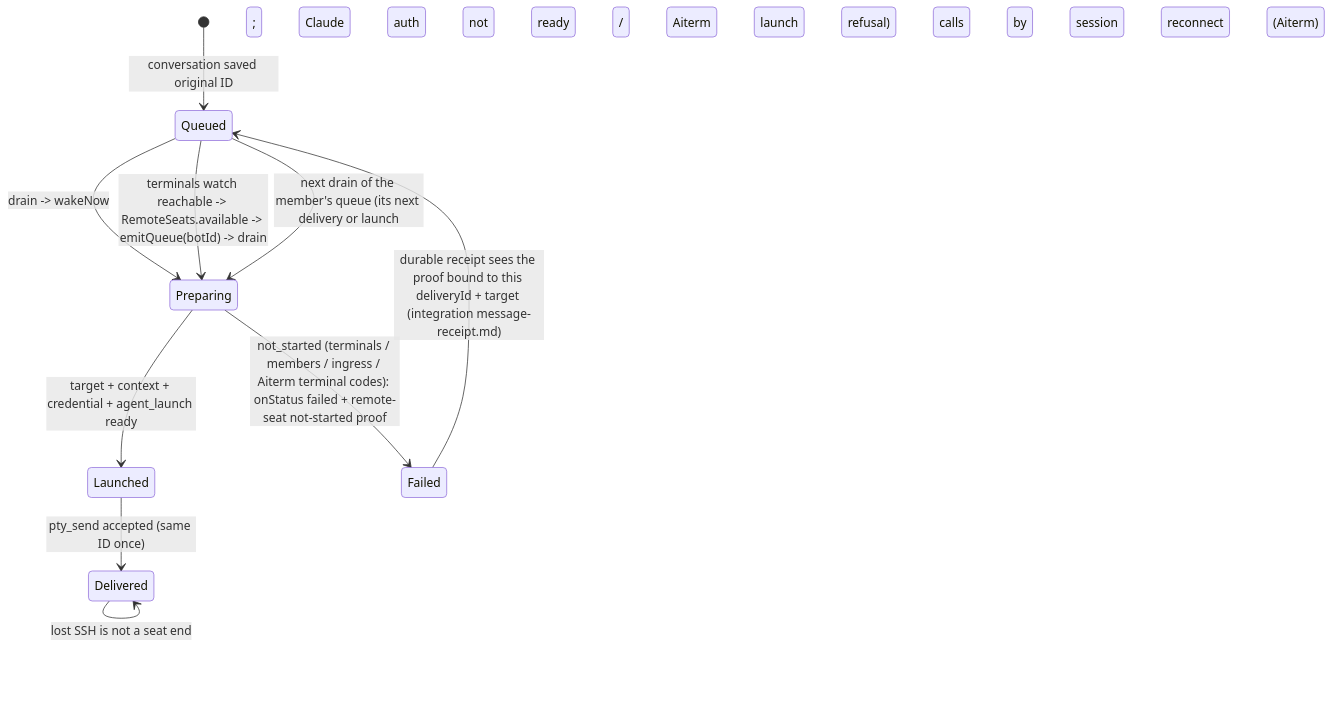
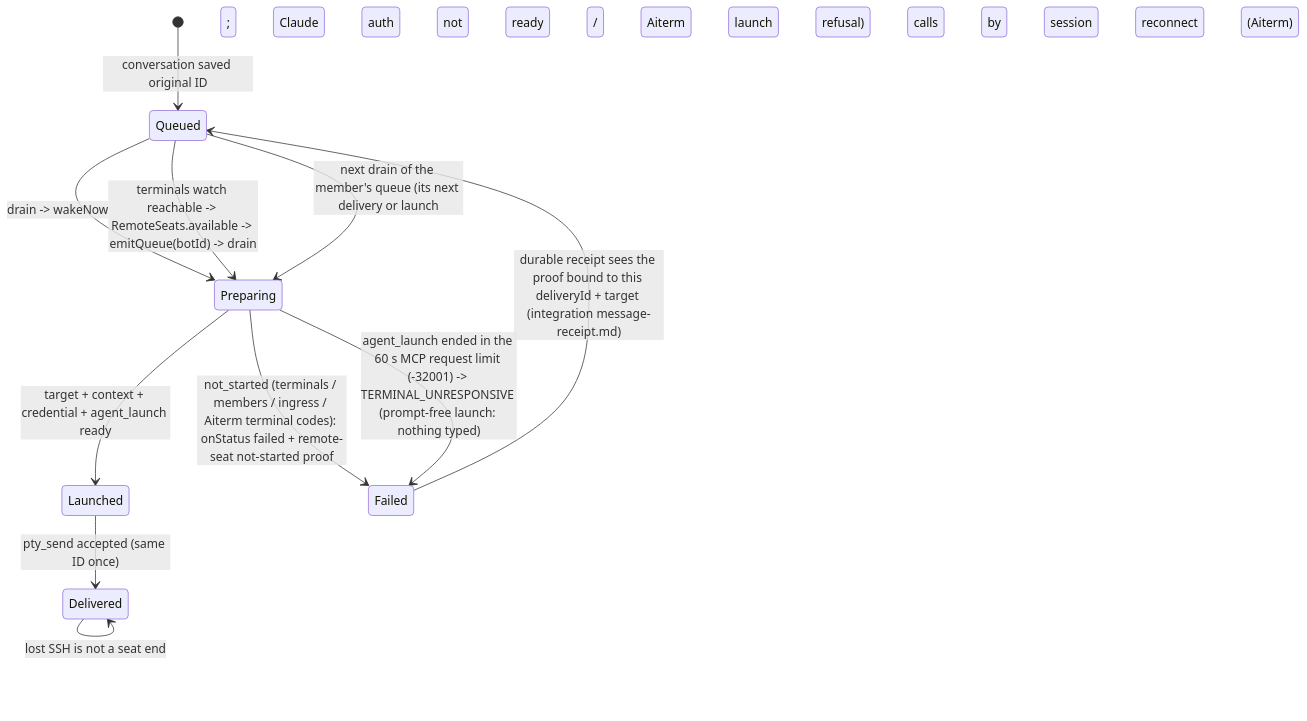
The fourth of 5 diagrams in docs/architecture/modules/execution/remote-seat.md (kitepon/BellTeam), drawn with Mermaid before and after one commit. The commit also changed other lines of this file and 3 other files, not shown here.

First line of the commit message:
a443: a remote agent_launch that hit the 60 s MCP limit stays queued (TERMINAL_UNRESPONSIVE)

````diff
--- a/docs/architecture/modules/execution/remote-seat.md
+++ b/docs/architecture/modules/execution/remote-seat.md
@@ -156,12 +156,13 @@
 ```mermaid
 stateDiagram-v2
   [*] --> Queued: conversation saved original ID
   Queued --> Preparing: drain -> wakeNow
   Preparing --> Launched: target + context + credential + agent_launch ready
   Preparing --> Failed: not_started (terminals / members / ingress / Aiterm terminal codes): onStatus failed + remote-seat not-started proof
+  Preparing --> Failed: agent_launch ended in the 60 s MCP request limit (-32001) -> TERMINAL_UNRESPONSIVE (prompt-free launch: nothing typed)
   Failed --> Queued: durable receipt sees the proof bound to this deliveryId + target (integration message-receipt.md)
   Launched --> Delivered: pty_send accepted (same ID once)
   Queued --> Preparing: terminals watch reachable -> RemoteSeats.available -> emitQueue(botId) -> drain
   Queued --> Preparing: next drain of the member's queue (its next delivery or launch; Claude auth not ready / Aiterm launch refusal)
   Delivered --> Delivered: lost SSH is not a seat end; calls by session reconnect (Aiterm)
 ```
````
